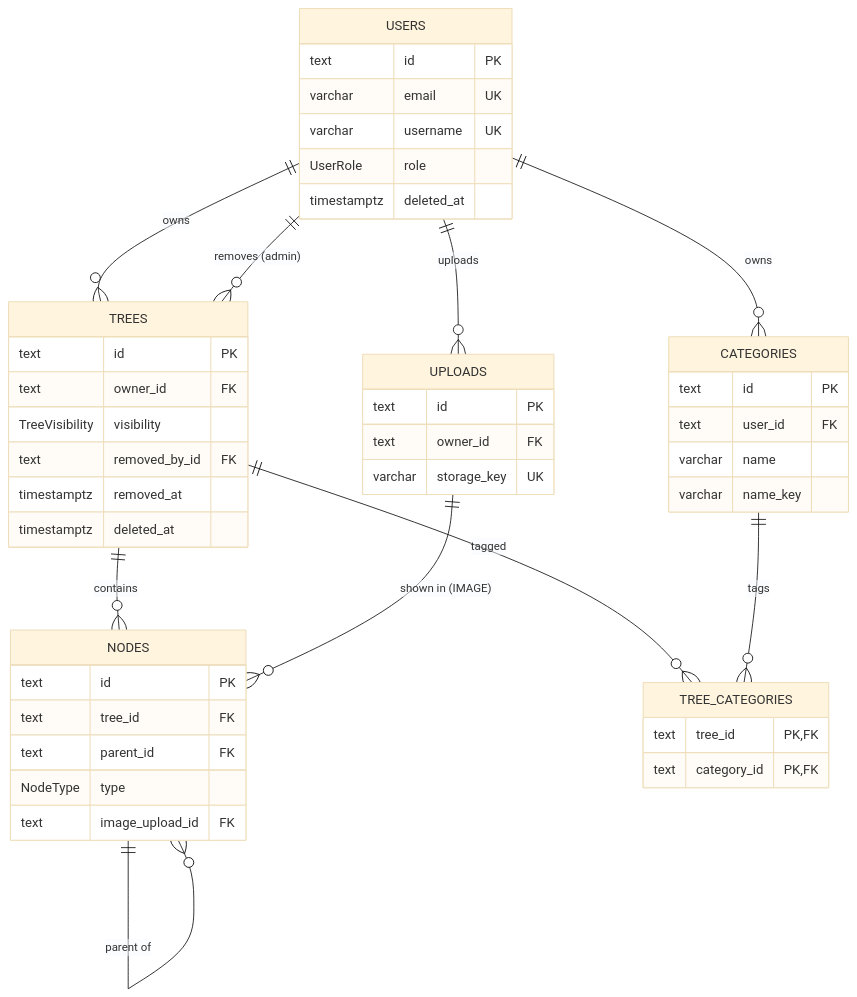
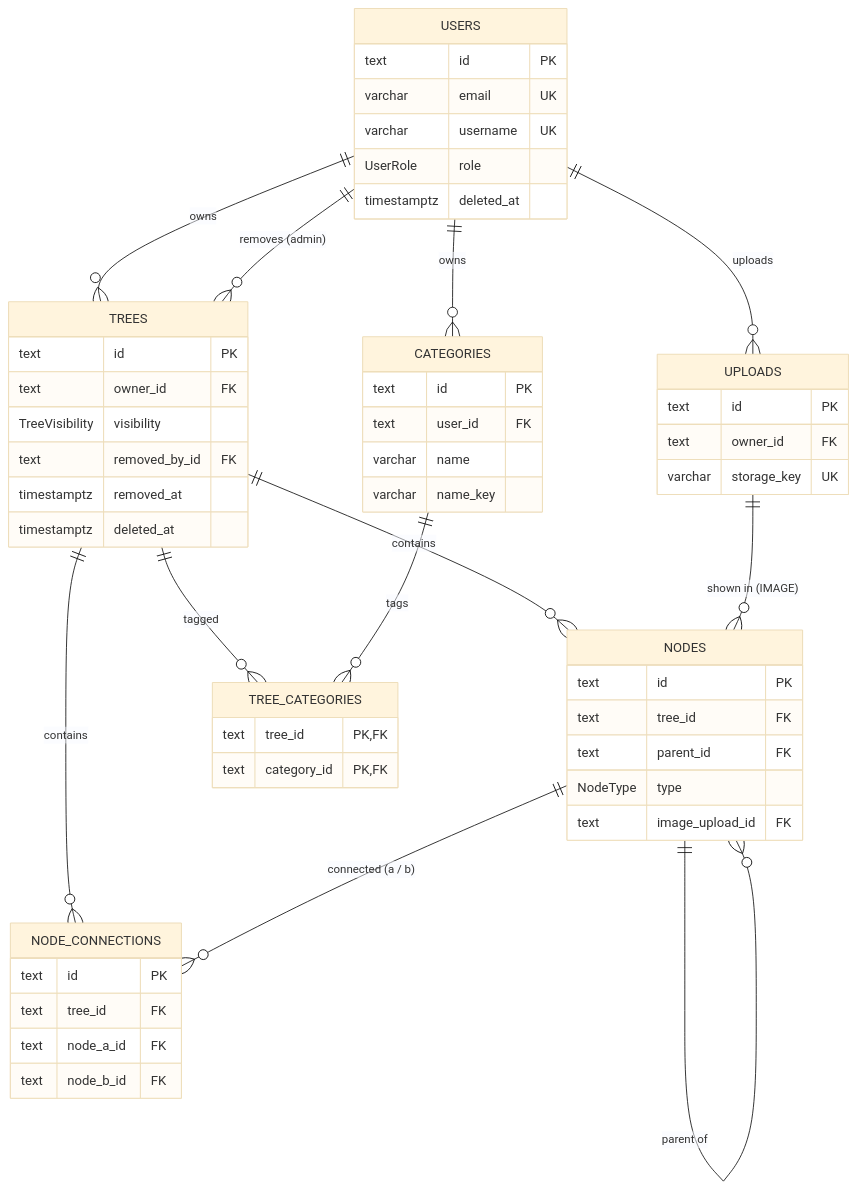
The diagram in manifests/common.md (kenola12345/highdea_tree_app), drawn with Mermaid (base theme) before and after one commit. The commit also changed other lines of this file and 34 other files, not shown here.

````diff
--- a/manifests/common.md
+++ b/manifests/common.md
@@ -104,50 +104,58 @@
 ```mermaid
 erDiagram
   USERS ||--o{ TREES : "owns"
   USERS ||--o{ TREES : "removes (admin)"
   USERS ||--o{ CATEGORIES : "owns"
   USERS ||--o{ UPLOADS : "uploads"
   TREES ||--o{ NODES : "contains"
   NODES ||--o{ NODES : "parent of"
+  TREES ||--o{ NODE_CONNECTIONS : "contains"
+  NODES ||--o{ NODE_CONNECTIONS : "connected (a / b)"
   UPLOADS ||--o{ NODES : "shown in (IMAGE)"
   TREES ||--o{ TREE_CATEGORIES : "tagged"
   CATEGORIES ||--o{ TREE_CATEGORIES : "tags"
 
   USERS {
     text id PK
     varchar email UK
     varchar username UK
     UserRole role
     timestamptz deleted_at
   }
   TREES {
     text id PK
     text owner_id FK
     TreeVisibility visibility
     text removed_by_id FK
     timestamptz removed_at
     timestamptz deleted_at
   }
   NODES {
     text id PK
     text tree_id FK
     text parent_id FK
     NodeType type
     text image_upload_id FK
   }
+  NODE_CONNECTIONS {
+    text id PK
+    text tree_id FK
+    text node_a_id FK
+    text node_b_id FK
+  }
   CATEGORIES {
     text id PK
     text user_id FK
     varchar name
     varchar name_key
   }
   TREE_CATEGORIES {
     text tree_id PK,FK
     text category_id PK,FK
   }
   UPLOADS {
     text id PK
     text owner_id FK
     varchar storage_key UK
   }
 ```
````
